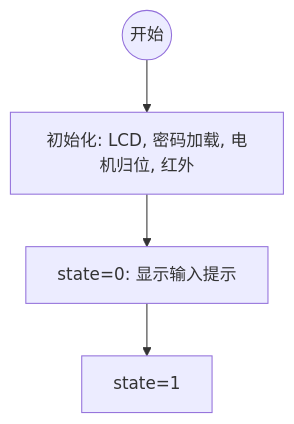
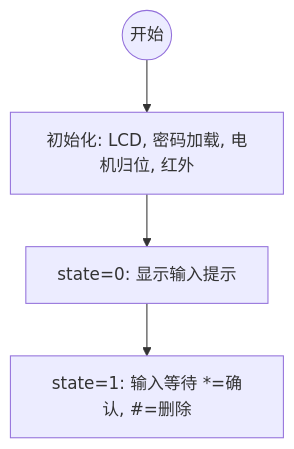
The diagram in all/未命名-1.md (ksxyh-22/iodraw-files), drawn with Mermaid before and after one commit.

Commit message:
2025-10-11 10:57:13 update

````diff
--- a/all/未命名-1.md
+++ b/all/未命名-1.md
@@ -1,12 +1,12 @@
 ```mermaid
 graph TD
     %% 状态机主流程
     START((开始)) --> INIT[初始化: LCD, 密码加载, 电机归位, 红外];
     INIT --> S0[state=0: 显示输入提示];
-    S0 --> S1[state=1];
+    S0 --> S1[state=1: 输入等待 *=确认, #=删除];
     
 
 
    
    
 ```
````
